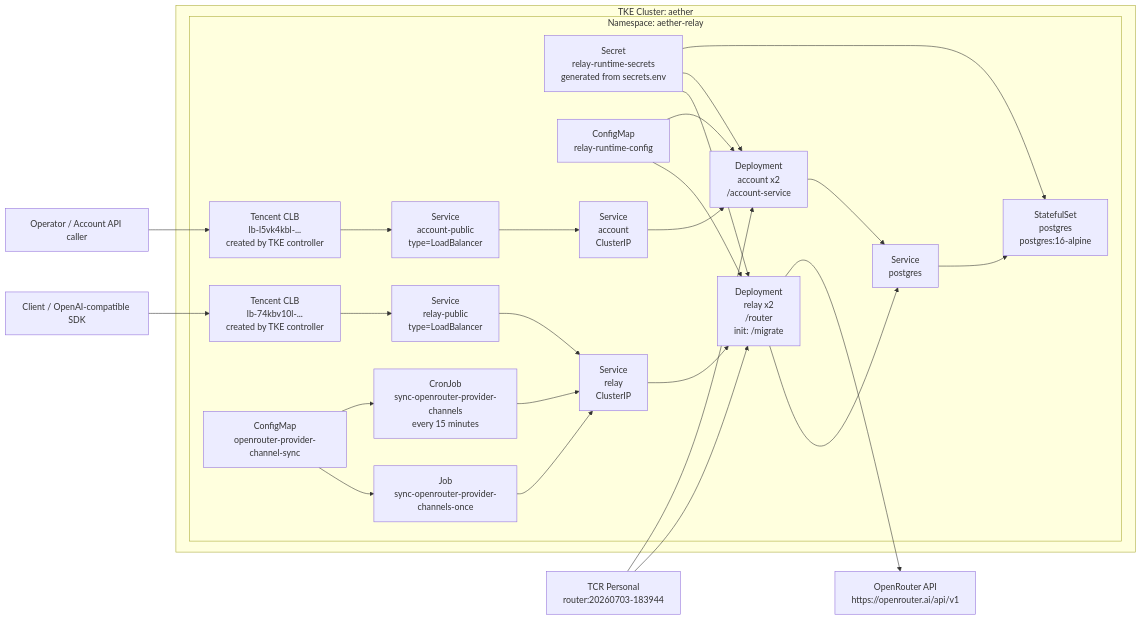
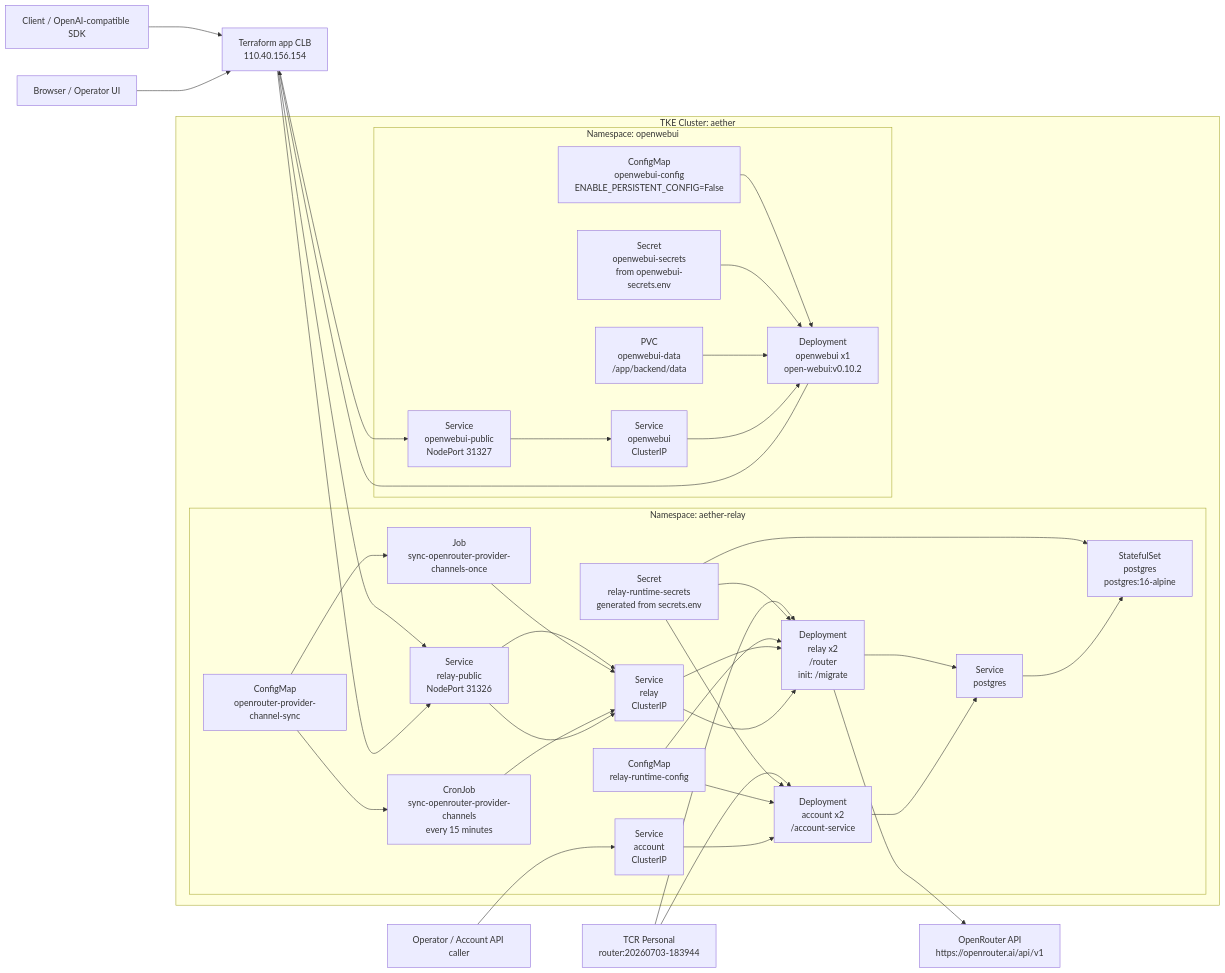
Before and after one commit to N0n4we/AetherCode: the second of 2 diagrams in README.md, drawn with Mermaid. The commit also changed other lines of this file and 21 other files, not shown here.

First line of the commit message:
deploy Open WebUI on TKE with HTTPS

````diff
--- a/README.md
+++ b/README.md
@@ -78,52 +88,64 @@
 ```mermaid
 flowchart LR
   Client["Client / OpenAI-compatible SDK"]
   Admin["Operator / Account API caller"]
+  Browser["Browser / Operator UI"]
   OpenRouter["OpenRouter API<br/>https://openrouter.ai/api/v1"]
   TCR["TCR Personal<br/>router:20260703-183944"]
+  AppCLB["Terraform app CLB<br/>110.40.156.154"]
 
   subgraph TKE["TKE Cluster: aether"]
     subgraph NS["Namespace: aether-relay"]
       Secret["Secret<br/>relay-runtime-secrets<br/>generated from secrets.env"]
       RuntimeConfig["ConfigMap<br/>relay-runtime-config"]
 
       PostgresSvc["Service<br/>postgres"]
       Postgres["StatefulSet<br/>postgres<br/>postgres:16-alpine"]
 
       RelaySvc["Service<br/>relay<br/>ClusterIP"]
       Relay["Deployment<br/>relay x2<br/>/router<br/>init: /migrate"]
-      RelayPublic["Service<br/>relay-public<br/>type=LoadBalancer"]
-      RelayCLB["Tencent CLB<br/>lb-74kbv10l-...<br/>created by TKE controller"]
+      RelayPublic["Service<br/>relay-public<br/>NodePort 31326"]
 
       AccountSvc["Service<br/>account<br/>ClusterIP"]
       Account["Deployment<br/>account x2<br/>/account-service"]
-      AccountPublic["Service<br/>account-public<br/>type=LoadBalancer"]
-      AccountCLB["Tencent CLB<br/>lb-l5vk4kbl-...<br/>created by TKE controller"]
 
       ProviderSyncConfig["ConfigMap<br/>openrouter-provider-channel-sync"]
       ProviderSyncOnce["Job<br/>sync-openrouter-provider-channels-once"]
       ProviderSyncCron["CronJob<br/>sync-openrouter-provider-channels<br/>every 15 minutes"]
+    end
+    subgraph OWNS["Namespace: openwebui"]
+      OpenWebUIConfig["ConfigMap<br/>openwebui-config<br/>ENABLE_PERSISTENT_CONFIG=False"]
+      OpenWebUISecret["Secret<br/>openwebui-secrets<br/>from openwebui-secrets.env"]
+      OpenWebUIData["PVC<br/>openwebui-data<br/>/app/backend/data"]
+      OpenWebUISvc["Service<br/>openwebui<br/>ClusterIP"]
+      OpenWebUI["Deployment<br/>openwebui x1<br/>open-webui:v0.10.2"]
+      OpenWebUIPublic["Service<br/>openwebui-public<br/>NodePort 31327"]
     end
   end
 
   TCR --> Relay
   TCR --> Account
   Secret --> Relay
   Secret --> Account
   Secret --> Postgres
   RuntimeConfig --> Relay
   RuntimeConfig --> Account
 
   PostgresSvc --> Postgres
   Relay --> PostgresSvc
   Account --> PostgresSvc
 
-  Client --> RelayCLB --> RelayPublic --> RelaySvc --> Relay
-  Admin --> AccountCLB --> AccountPublic --> AccountSvc --> Account
+  Client --> AppCLB --> RelayPublic --> RelaySvc --> Relay
+  Admin --> AccountSvc --> Account
 
   Relay --> OpenRouter
   ProviderSyncConfig --> ProviderSyncOnce
   ProviderSyncConfig --> ProviderSyncCron
   ProviderSyncOnce --> RelaySvc
   ProviderSyncCron --> RelaySvc
+  OpenWebUIConfig --> OpenWebUI
+  OpenWebUISecret --> OpenWebUI
+  OpenWebUIData --> OpenWebUI
+  Browser --> AppCLB --> OpenWebUIPublic --> OpenWebUISvc --> OpenWebUI
+  OpenWebUI --> AppCLB --> RelayPublic --> RelaySvc --> Relay
 ```
````
